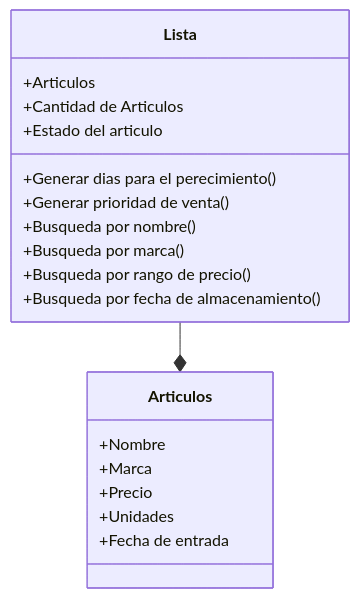
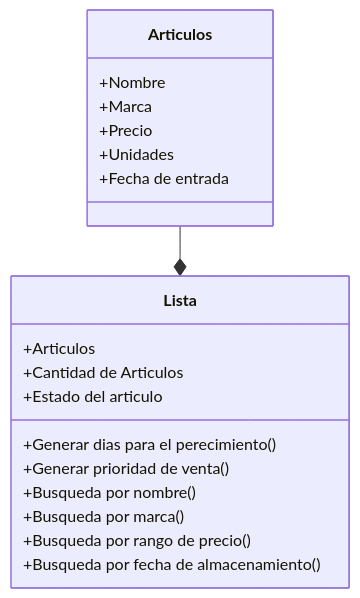
The diagram in README.md (GabrielHuertas72/Proyecto-POO-GabrielHuertas), drawn with Mermaid before and after one commit.

````diff
--- a/README.md
+++ b/README.md
@@ -10,23 +10,23 @@
 ```mermaid
 classDiagram
     class Articulos{
         +Nombre 
         +Marca  
         +Precio 
         +Unidades 
         +Fecha de entrada 
     }
     class Lista{
         +Articulos
         +Cantidad de Articulos
         +Estado del articulo
         +Generar dias para el perecimiento()
         +Generar prioridad de venta()
         +Busqueda por nombre()
         +Busqueda por marca()
         +Busqueda por rango de precio()
         +Busqueda por fecha de almacenamiento()
     }
-    Lista --*  Articulos
+     Articulos --*  Lista
 
 ```
````
